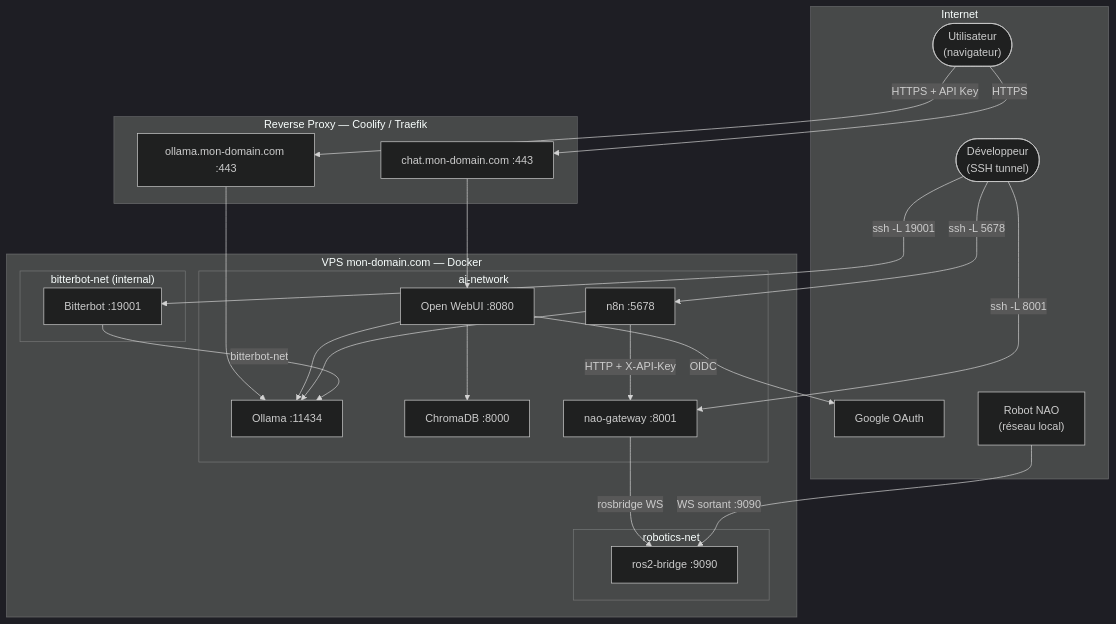
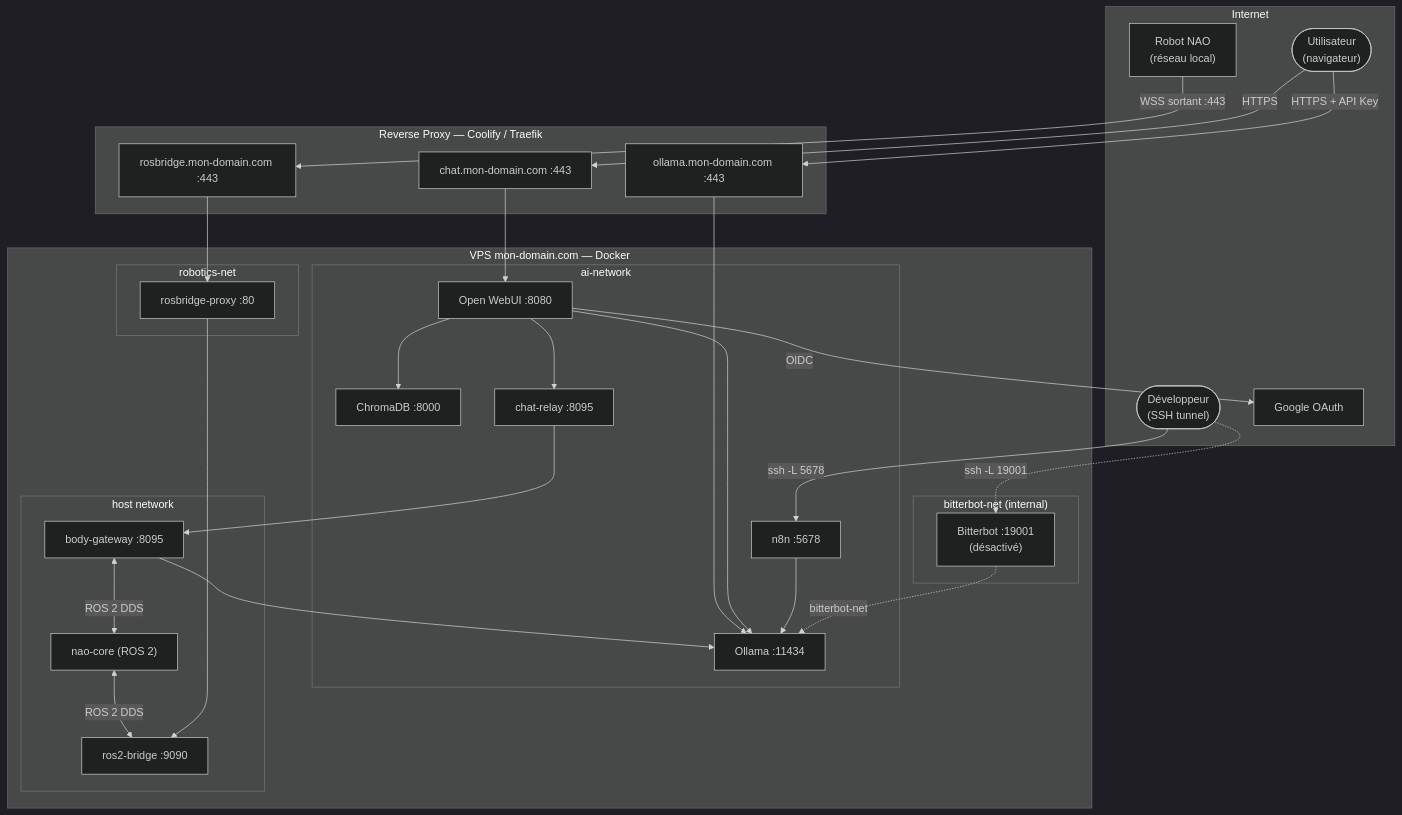
One commit to Monolithoid/ia-agent changed the diagram in README.md. Above: the diagram before and after it, drawn with Mermaid (dark theme). The commit also changed other lines of this file and 7 other files, not shown here.

````diff
--- a/README.md
+++ b/README.md
@@ -29,47 +29,56 @@
 ```mermaid
 flowchart TB
     subgraph Internet
         User(["Utilisateur\n(navigateur)"])
         Dev(["Développeur\n(SSH tunnel)"])
         Google["Google OAuth"]
         NAO["Robot NAO\n(réseau local)"]
     end
 
     subgraph Coolify["Reverse Proxy — Coolify / Traefik"]
         RP_Chat["chat.mon-domain.com :443"]
         RP_Ollama["ollama.mon-domain.com :443"]
+        RP_ROS["rosbridge.mon-domain.com :443"]
     end
 
     subgraph Docker["VPS mon-domain.com — Docker"]
         subgraph aiNet["ai-network"]
             WebUI["Open WebUI :8080"]
             Ollama["Ollama :11434"]
             N8N["n8n :5678"]
             Chroma["ChromaDB :8000"]
-            Gateway["nao-gateway :8001"]
+            ChatRelay["chat-relay :8095"]
         end
 
         subgraph bbNet["bitterbot-net (internal)"]
-            Bitterbot["Bitterbot :19001"]
+            Bitterbot["Bitterbot :19001\n(désactivé)"]
+        end
+
+        subgraph hostNet["host network"]
+            BodyGW["body-gateway :8095"]
+            NaoCore["nao-core (ROS 2)"]
+            Ros2Bridge["ros2-bridge :9090"]
         end
 
         subgraph robotNet["robotics-net"]
-            ROS["ros2-bridge :9090"]
+            RosbridgeProxy["rosbridge-proxy :80"]
         end
     end
 
     User -->|HTTPS| RP_Chat --> WebUI
     User -->|HTTPS + API Key| RP_Ollama --> Ollama
     Dev -->|"ssh -L 5678"| N8N
-    Dev -->|"ssh -L 19001"| Bitterbot
-    Dev -->|"ssh -L 8001"| Gateway
+    Dev -.->|"ssh -L 19001"| Bitterbot
 
     WebUI -->|OIDC| Google
     WebUI --> Ollama & Chroma
+    WebUI --> ChatRelay --> BodyGW
     N8N --> Ollama
-    N8N -->|"HTTP + X-API-Key"| Gateway
-    Bitterbot -->|bitterbot-net| Ollama
+    Bitterbot -.->|bitterbot-net| Ollama
 
-    Gateway -->|rosbridge WS| ROS
-    NAO -->|"WS sortant :9090"| ROS
+    BodyGW --> Ollama
+    BodyGW <-->|"ROS 2 DDS"| NaoCore
+    NaoCore <-->|"ROS 2 DDS"| Ros2Bridge
+
+    NAO -->|"WSS sortant :443"| RP_ROS --> RosbridgeProxy --> Ros2Bridge
 ```
````
